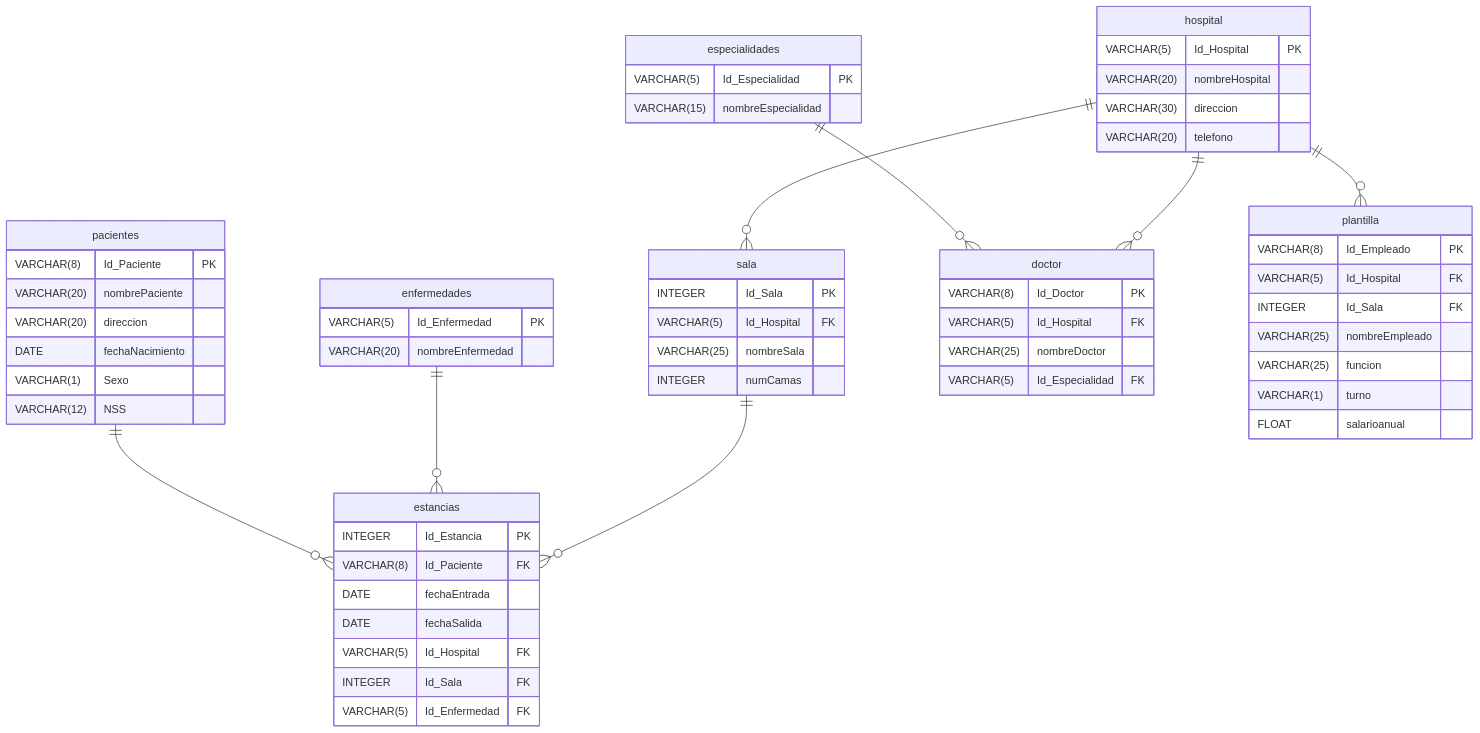
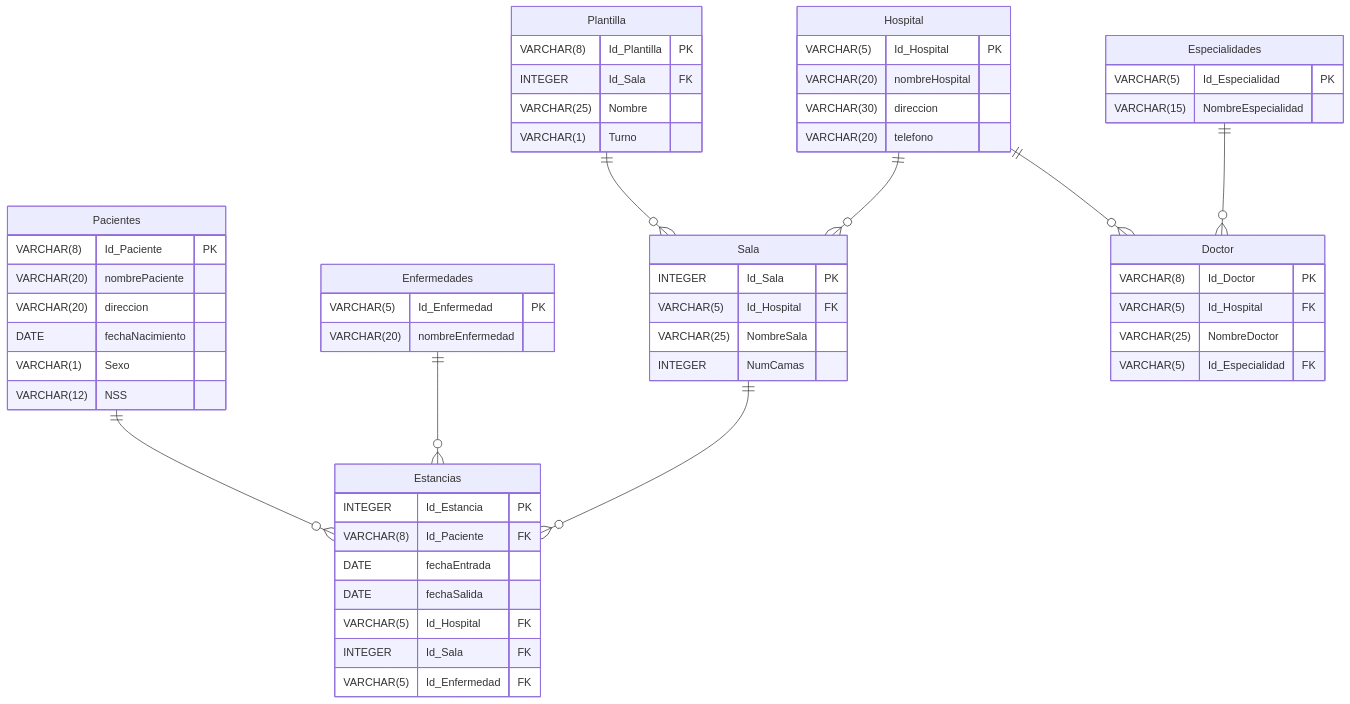
Before and after one commit to augustocristian/teaching-resources: the second of 6 diagrams in EPIG-IND-ComputerScienceFundamentals/exercises/2_exercises_BBDD.md, drawn with Mermaid. The commit also changed other lines of this file, not shown here.

````diff
--- a/EPIG-IND-ComputerScienceFundamentals/exercises/2_exercises_BBDD.md
+++ b/EPIG-IND-ComputerScienceFundamentals/exercises/2_exercises_BBDD.md
@@ -135,72 +136,69 @@
 ```mermaid
 erDiagram
-    hospital {
+    Hospital {
         VARCHAR(5) Id_Hospital PK
         VARCHAR(20) nombreHospital
         VARCHAR(30) direccion
         VARCHAR(20) telefono
     }
 
-    pacientes {
+    Pacientes {
         VARCHAR(8) Id_Paciente PK
         VARCHAR(20) nombrePaciente
         VARCHAR(20) direccion
         DATE fechaNacimiento
         VARCHAR(1) Sexo
         VARCHAR(12) NSS
     }
 
-    enfermedades {
+    Enfermedades {
         VARCHAR(5) Id_Enfermedad PK
         VARCHAR(20) nombreEnfermedad
     }
 
-    estancias {
+    Estancias {
         INTEGER Id_Estancia PK
         VARCHAR(8) Id_Paciente FK
         DATE fechaEntrada
         DATE fechaSalida
         VARCHAR(5) Id_Hospital FK
         INTEGER Id_Sala FK
         VARCHAR(5) Id_Enfermedad FK
     }
 
-    sala {
+    Sala {
         INTEGER Id_Sala PK
         VARCHAR(5) Id_Hospital FK
-        VARCHAR(25) nombreSala
-        INTEGER numCamas
+        VARCHAR(25) NombreSala
+        INTEGER NumCamas
     }
 
-    doctor {
+    Doctor {
         VARCHAR(8) Id_Doctor PK
         VARCHAR(5) Id_Hospital FK
-        VARCHAR(25) nombreDoctor
+        VARCHAR(25) NombreDoctor
         VARCHAR(5) Id_Especialidad FK
     }
 
-    plantilla {
-        VARCHAR(8) Id_Empleado PK
-        VARCHAR(5) Id_Hospital FK
+    Plantilla {
+        VARCHAR(8) Id_Plantilla PK
         INTEGER Id_Sala FK
-        VARCHAR(25) nombreEmpleado
-        VARCHAR(25) funcion
-        VARCHAR(1) turno
-        FLOAT salarioanual
+        VARCHAR(25) Nombre
+        VARCHAR(1) Turno
     }
 
-    especialidades {
+    Especialidades {
         VARCHAR(5) Id_Especialidad PK
-        VARCHAR(15) nombreEspecialidad
+        VARCHAR(15) NombreEspecialidad
     }
 
 %% Relaciones
-    especialidades ||--o{ doctor: ""
-    pacientes ||--o{ estancias: ""
-    enfermedades ||--o{ estancias: ""
-    hospital ||--o{ sala: ""
-    hospital ||--o{ doctor: ""
-    sala ||--o{ estancias: ""
-    hospital ||--o{ plantilla: ""
+    Especialidades ||--o{ Doctor: ""
+    Pacientes ||--o{ Estancias: ""
+    Enfermedades ||--o{ Estancias: ""
+    Hospital ||--o{ Sala: ""
+    Hospital ||--o{ Doctor: ""
+    Sala ||--o{ Estancias: ""
+    Plantilla ||--o{ Sala: ""
 
 ```
````
